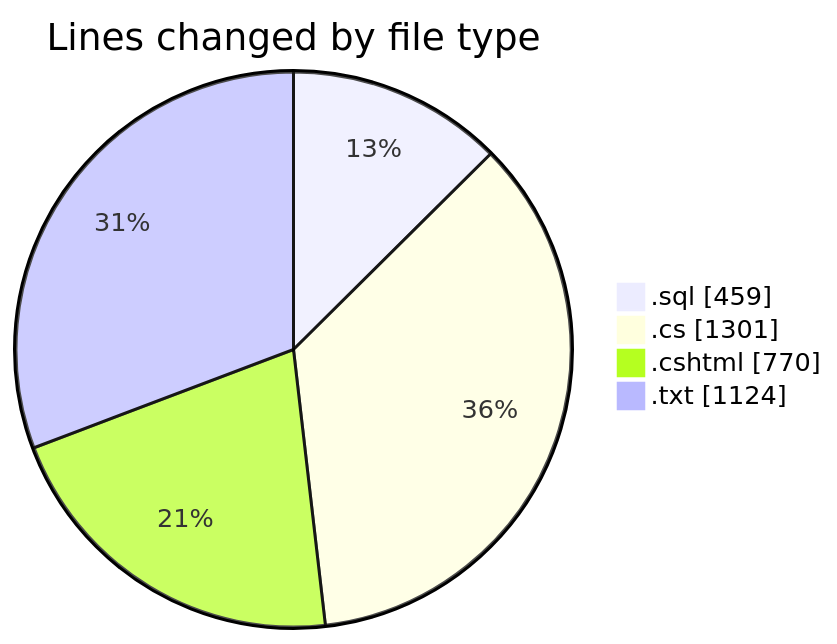
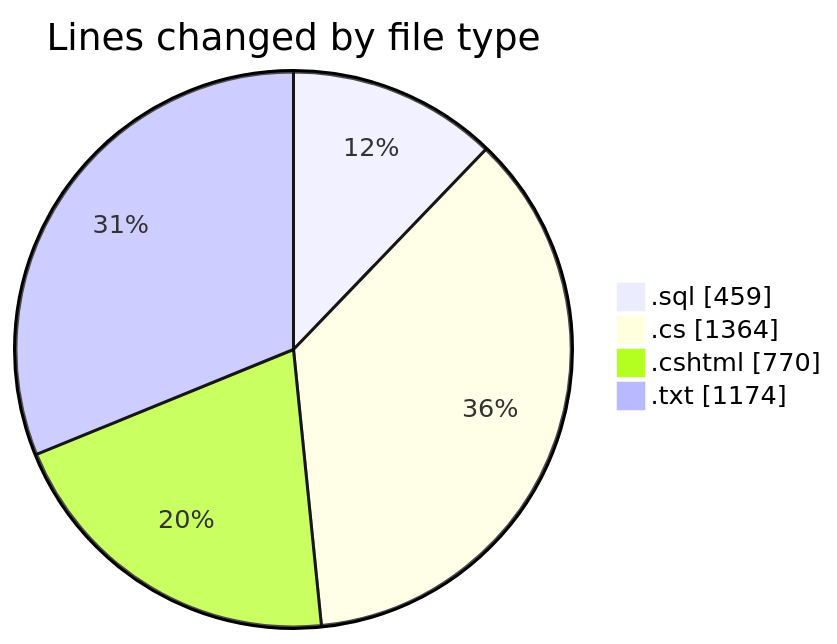
The first of 2 diagrams in 2025-07-23/quanlyrapchieuphim/README.md (lephambinh05/code-tracking), drawn with Mermaid before and after one commit. The commit also changed other lines of this file and 1 other file, not shown here.

````diff
--- a/2025-07-23/quanlyrapchieuphim/README.md
+++ b/2025-07-23/quanlyrapchieuphim/README.md
@@ -27,8 +29,8 @@
 ```mermaid
 pie showData
 title Lines changed by file type
 ".sql" : 459
-".cs" : 1301
+".cs" : 1364
 ".cshtml" : 770
-".txt" : 1124
+".txt" : 1174
 ```
````
